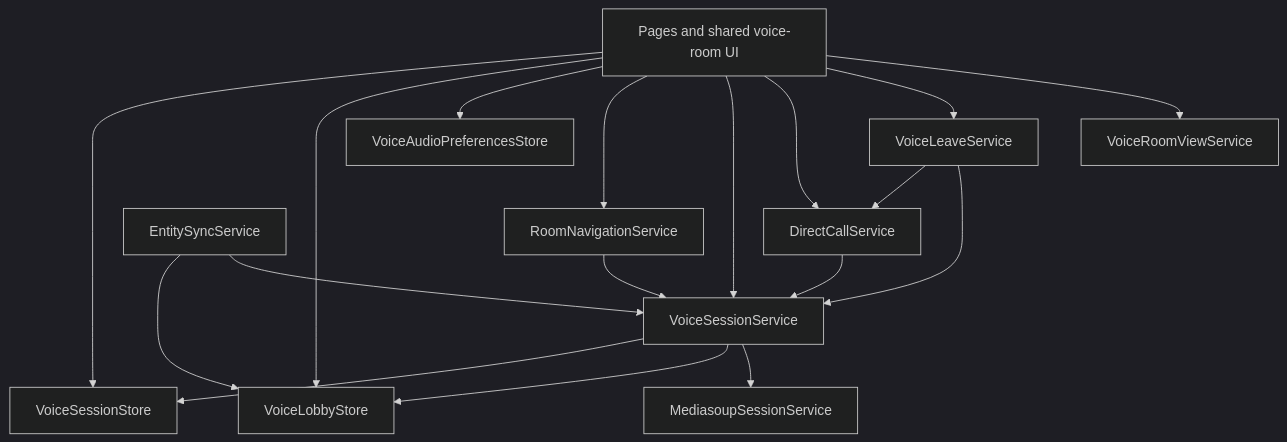
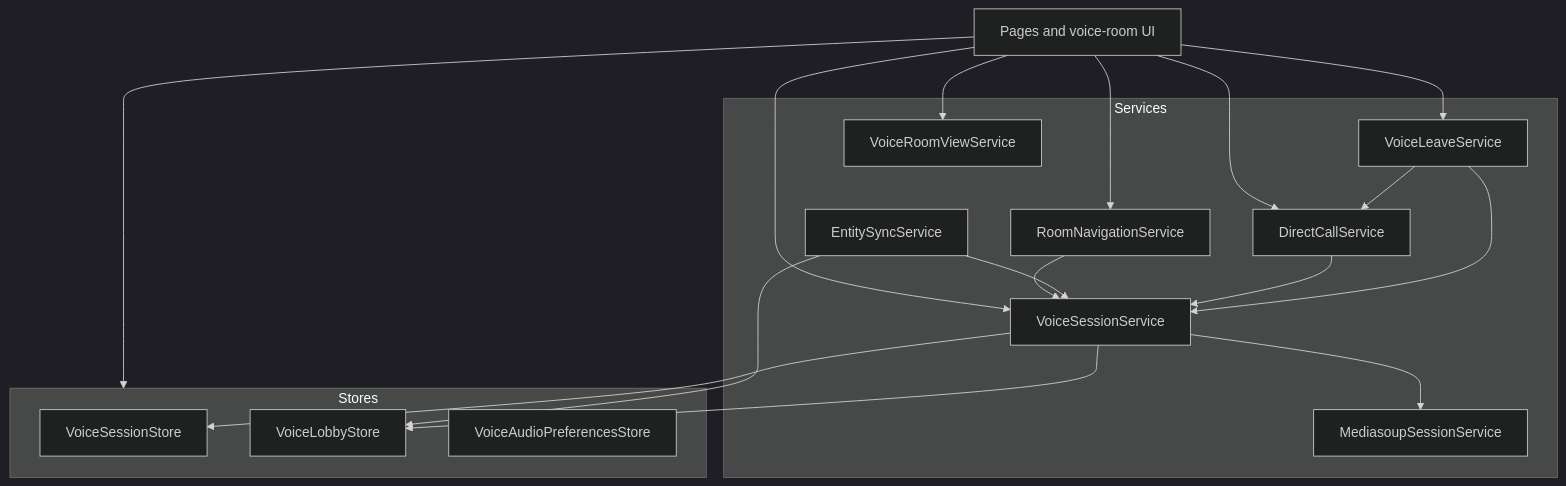
Before and after one commit to Quenary/konvoez: the first of 2 diagrams in docs/frontend/VOICE.md, drawn with Mermaid (dark theme). The commit also changed other lines of this file and 16 other files, not shown here.

````diff
--- a/docs/frontend/VOICE.md
+++ b/docs/frontend/VOICE.md
@@ -9,32 +9,36 @@
 ```mermaid
 flowchart TB
-  UI[Pages and shared voice-room UI]
-  VSS[VoiceSessionStore]
-  VLS[VoiceLobbyStore]
-  VAP[VoiceAudioPreferencesStore]
-  Nav[RoomNavigationService]
-  Sync[EntitySyncService]
-  Session[VoiceSessionService]
-  Ms[MediasoupSessionService]
-  DC[DirectCallService]
-  Leave[VoiceLeaveService]
-  View[VoiceRoomViewService]
+  UI[Pages and voice-room UI]
 
-  UI --> VSS
-  UI --> VLS
-  UI --> VAP
+  subgraph Stores
+    VSS[VoiceSessionStore]
+    VLS[VoiceLobbyStore]
+    VAP[VoiceAudioPreferencesStore]
+  end
+
+  subgraph Services
+    Nav[RoomNavigationService]
+    Sync[EntitySyncService]
+    Session[VoiceSessionService]
+    Ms[MediasoupSessionService]
+    DC[DirectCallService]
+    Leave[VoiceLeaveService]
+    View[VoiceRoomViewService]
+  end
+
+  UI --> Stores
   UI --> Nav
   UI --> Session
   UI --> DC
   UI --> Leave
   UI --> View
   Nav --> Session
   Sync --> VLS
   Sync --> Session
   DC --> Session
   Session --> VSS
   Session --> VLS
   Session --> Ms
   Leave --> DC
   Leave --> Session
 ```
````
